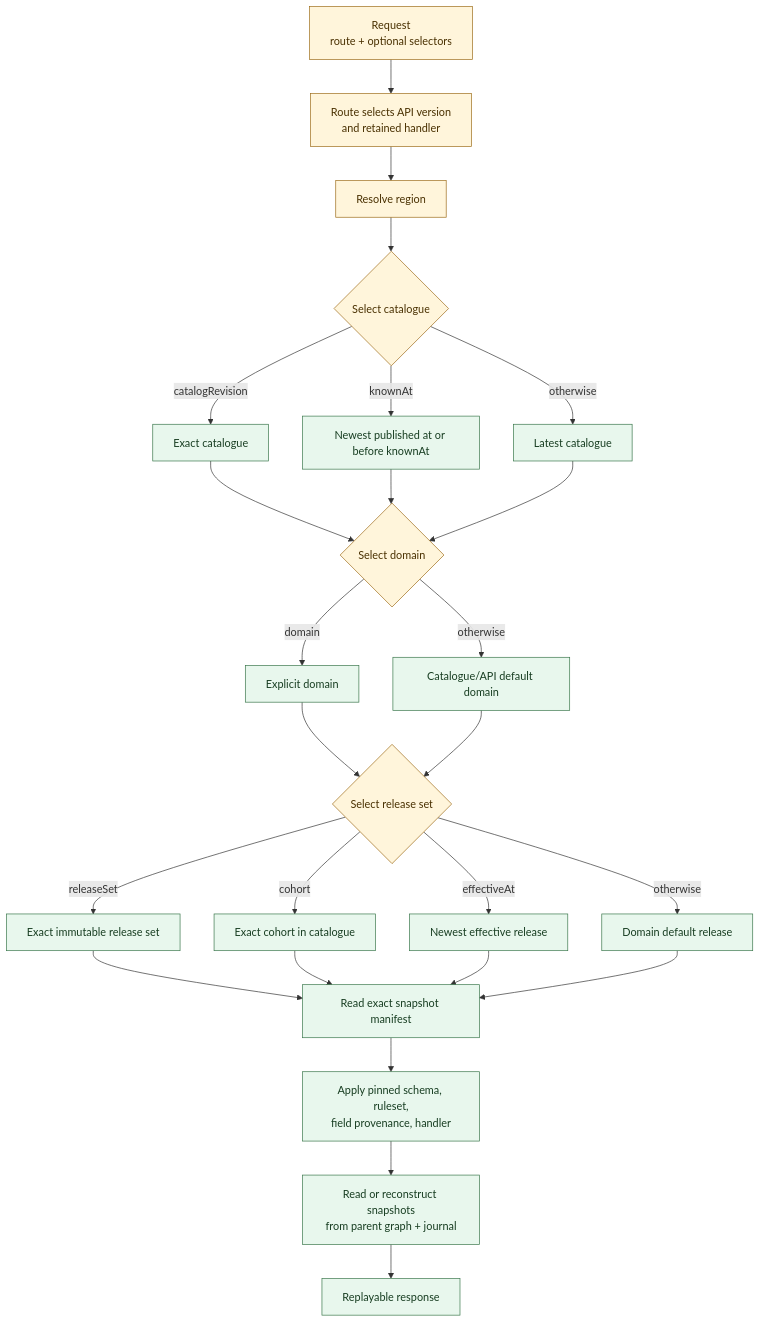
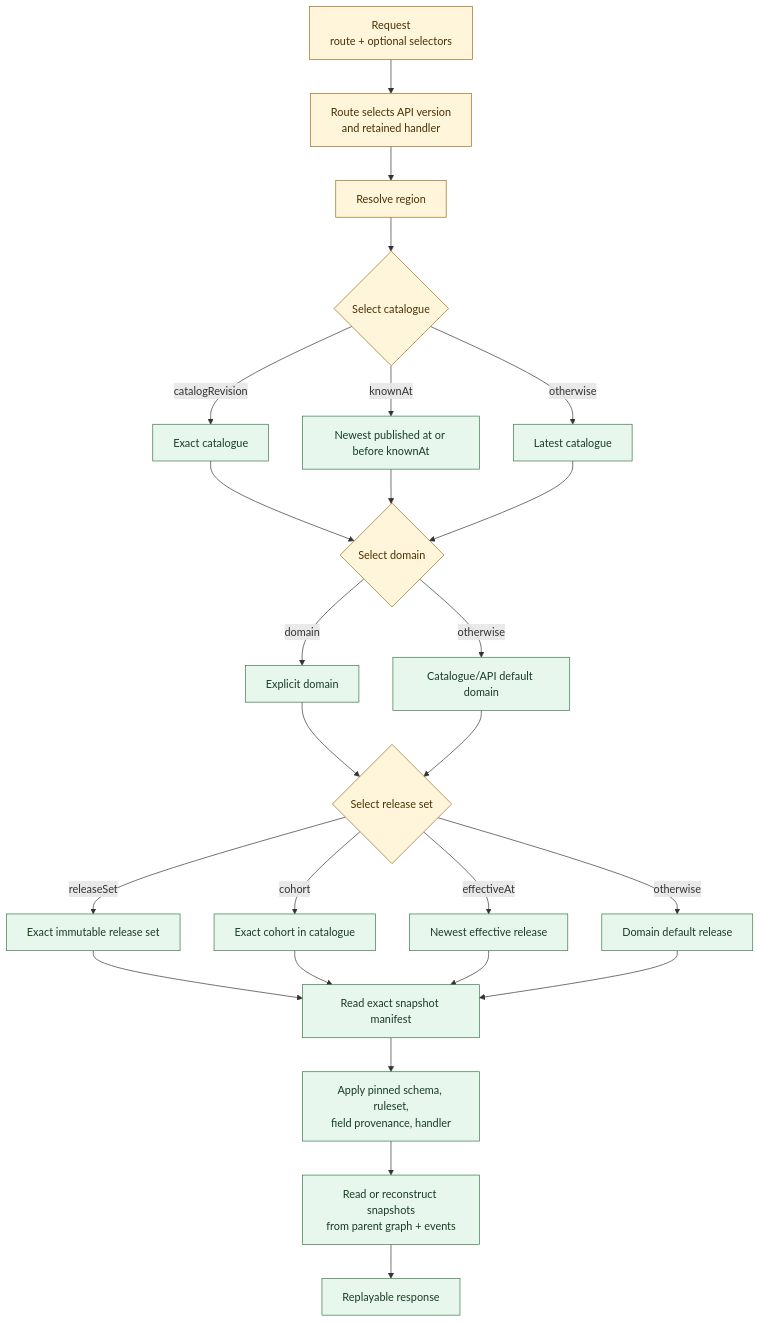
Before and after one commit to saanseoi/saanseoi: the sixth of 7 diagrams in docs/versioning.md, drawn with Mermaid. The commit also changed other lines of this file and 189 other files, not shown here.

````diff
--- a/docs/versioning.md
+++ b/docs/versioning.md
@@ -336,32 +336,32 @@
 ```mermaid
 flowchart TD
   Request[Request<br/>route + optional selectors] --> ApiVersion[Route selects API version<br/>and retained handler]
   ApiVersion --> Region[Resolve region]
   Region --> Catalogue{Select catalogue}
   Catalogue -->|catalogRevision| ExactCatalogue[Exact catalogue]
   Catalogue -->|knownAt| KnownCatalogue[Newest published at or before knownAt]
   Catalogue -->|otherwise| LatestCatalogue[Latest catalogue]
   ExactCatalogue --> Domain{Select domain}
   KnownCatalogue --> Domain
   LatestCatalogue --> Domain
   Domain -->|domain| ExplicitDomain[Explicit domain]
   Domain -->|otherwise| DefaultDomain[Catalogue/API default domain]
   ExplicitDomain --> ReleaseSet{Select release set}
   DefaultDomain --> ReleaseSet
   ReleaseSet -->|releaseSet| ExactSet[Exact immutable release set]
   ReleaseSet -->|cohort| CohortSet[Exact cohort in catalogue]
   ReleaseSet -->|effectiveAt| EffectiveSet[Newest effective release]
   ReleaseSet -->|otherwise| DefaultSet[Domain default release]
   ExactSet --> Snapshots[Read exact snapshot manifest]
   CohortSet --> Snapshots
   EffectiveSet --> Snapshots
   DefaultSet --> Snapshots
   Snapshots --> Pinned[Apply pinned schema, ruleset,<br/>field provenance, handler]
-  Pinned --> Content[Read or reconstruct snapshots<br/>from parent graph + journal]
+  Pinned --> Content[Read or reconstruct snapshots<br/>from parent graph + events]
   Content --> Response[Replayable response]
 
   classDef request fill:#fff5db,stroke:#9c6b18,color:#493000
   classDef immutable fill:#e8f7ed,stroke:#39764a,color:#173d21
   class Request,ApiVersion,Region,Catalogue,Domain,ReleaseSet request
   class ExactCatalogue,KnownCatalogue,LatestCatalogue,ExplicitDomain,DefaultDomain,ExactSet,CohortSet,EffectiveSet,DefaultSet,Snapshots,Pinned,Content,Response immutable
 ```
````
